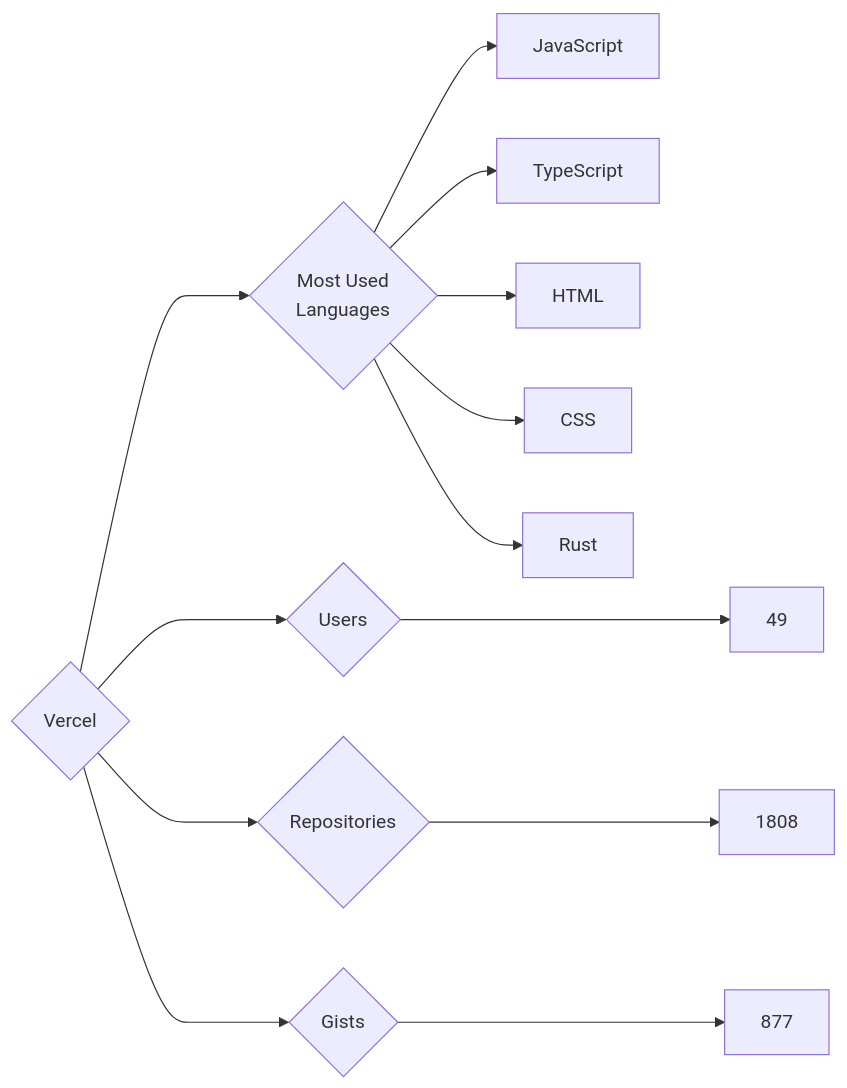
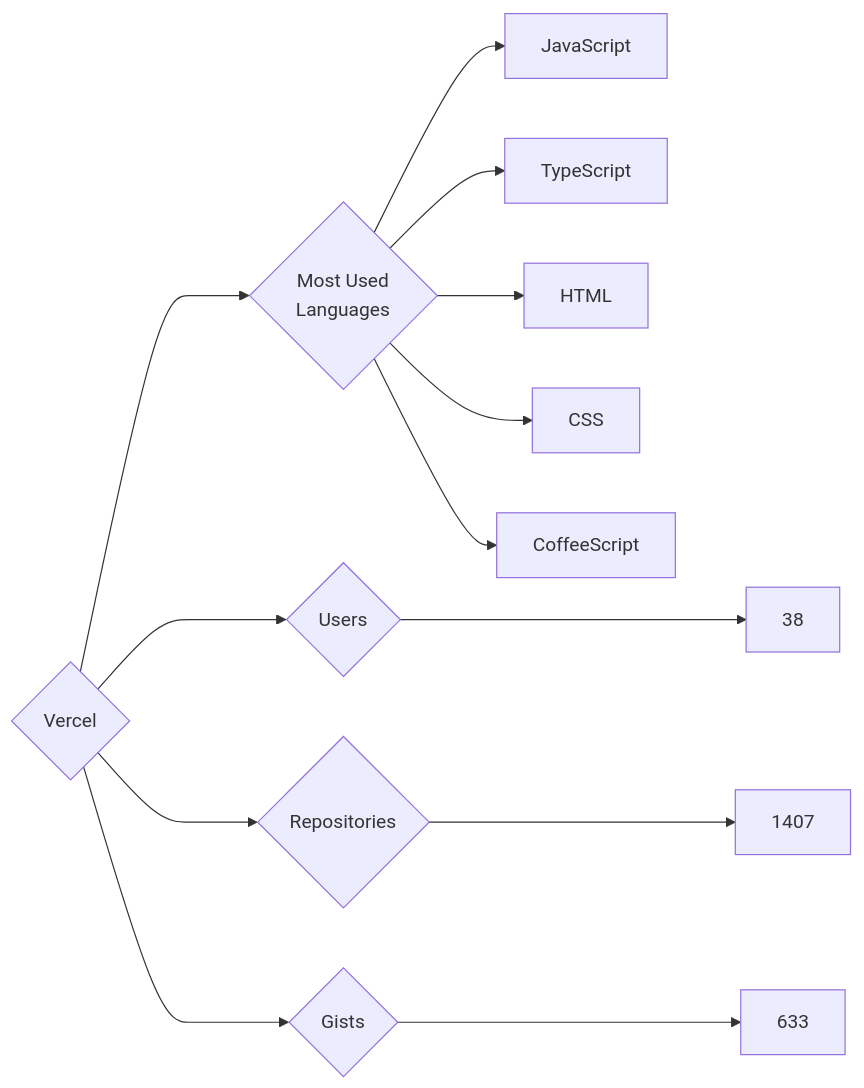
One commit to trickest/insiders changed the diagram in targets/Vercel/README.md. Above: the diagram before and after it, drawn with Mermaid. The commit also changed 814 other files, not shown here.

````diff
--- a/targets/Vercel/README.md
+++ b/targets/Vercel/README.md
@@ -3,13 +3,13 @@
 ```mermaid
 graph LR
 COMPANY_NAME{Vercel}
-COMPANY_NAME ---> U{Users} ---> UN[49]
-COMPANY_NAME ---> R{Repositories} ---> RN[1808]
-COMPANY_NAME ---> G{Gists} ---> GN[877]
+COMPANY_NAME ---> U{Users} ---> UN[38]
+COMPANY_NAME ---> R{Repositories} ---> RN[1407]
+COMPANY_NAME ---> G{Gists} ---> GN[633]
 COMPANY_NAME ---> ML{Most Used<br>Languages}
 ML --> JavaScript[JavaScript]
 ML --> TypeScript[TypeScript]
 ML --> HTML[HTML]
 ML --> CSS[CSS]
-ML --> Rust[Rust]
+ML --> CoffeeScript[CoffeeScript]
 ```
````
